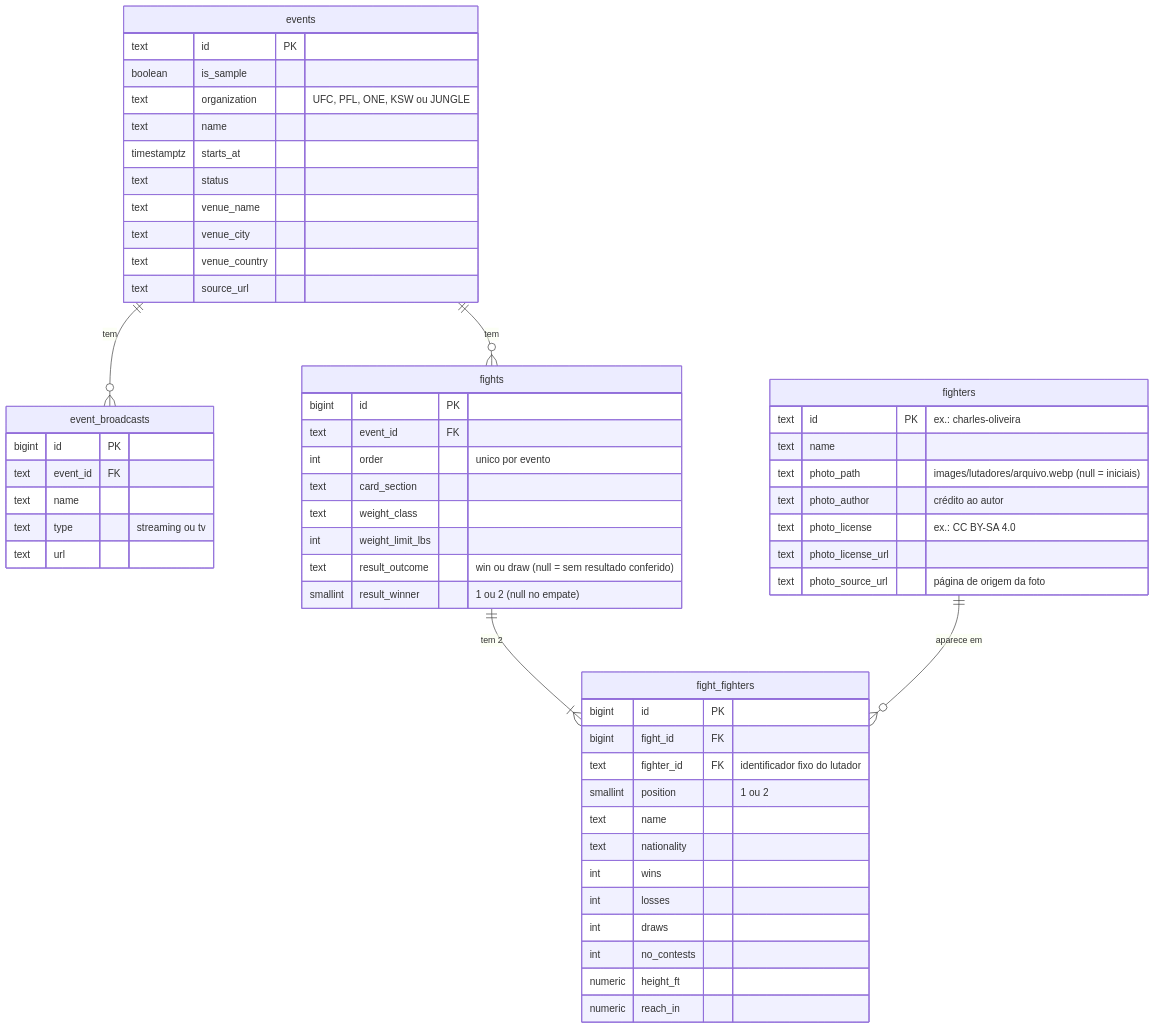
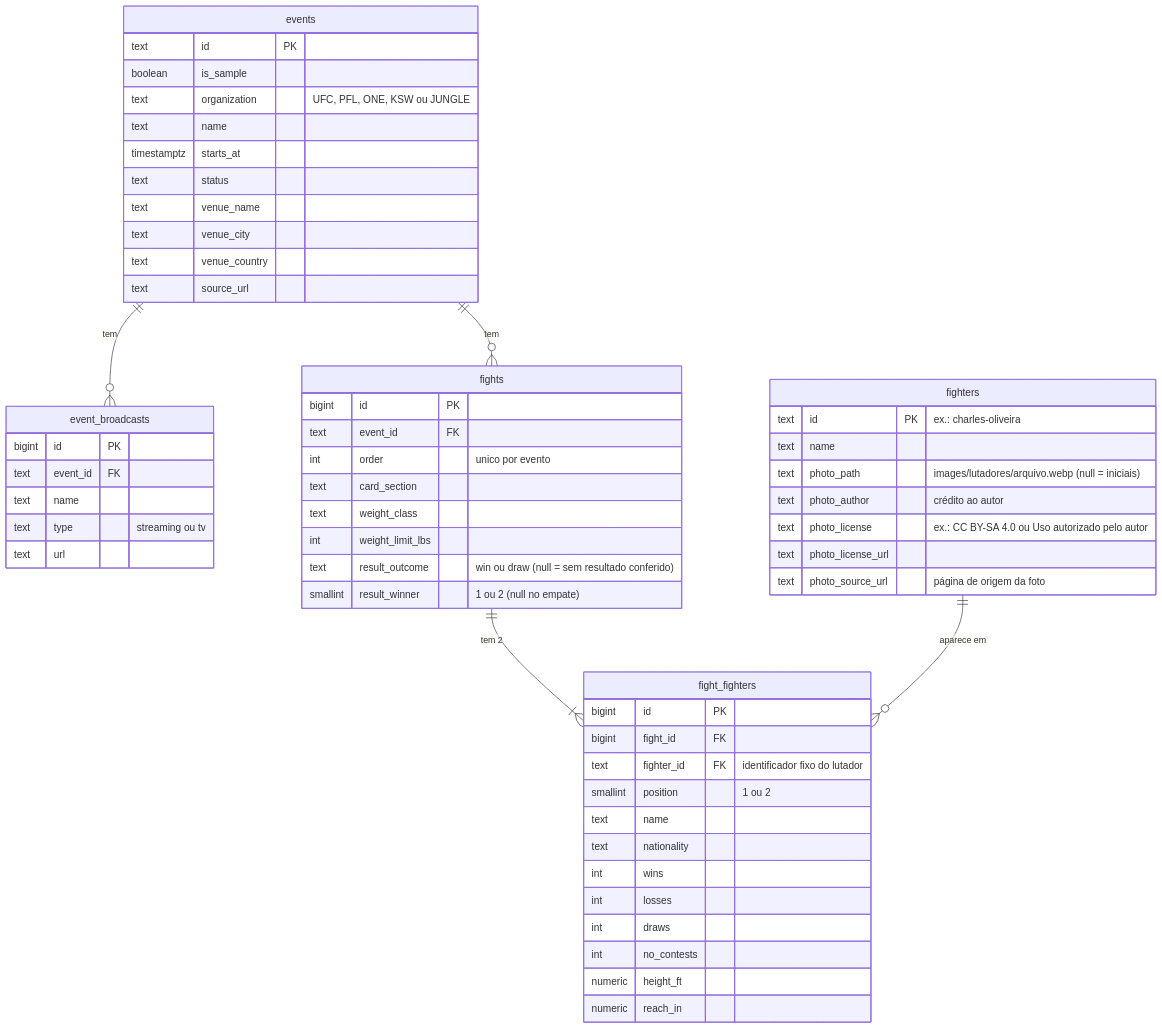
One commit to Gabriel-de-Lima-R/fight-club-events changed the third of 3 diagrams in docs/arquitetura.md. Above: the diagram before and after it, drawn with Mermaid. The commit also changed other lines of this file and 9 other files, not shown here.

````diff
--- a/docs/arquitetura.md
+++ b/docs/arquitetura.md
@@ -91,60 +91,60 @@
 ```mermaid
 erDiagram
     events ||--o{ event_broadcasts : "tem"
     events ||--o{ fights : "tem"
     fights ||--|{ fight_fighters : "tem 2"
     fighters ||--o{ fight_fighters : "aparece em"
 
     events {
         text id PK
         boolean is_sample
         text organization "UFC, PFL, ONE, KSW ou JUNGLE"
         text name
         timestamptz starts_at
         text status
         text venue_name
         text venue_city
         text venue_country
         text source_url
     }
     event_broadcasts {
         bigint id PK
         text event_id FK
         text name
         text type "streaming ou tv"
         text url
     }
     fights {
         bigint id PK
         text event_id FK
         int order "unico por evento"
         text card_section
         text weight_class
         int weight_limit_lbs
         text result_outcome "win ou draw (null = sem resultado conferido)"
         smallint result_winner "1 ou 2 (null no empate)"
     }
     fight_fighters {
         bigint id PK
         bigint fight_id FK
         text fighter_id FK "identificador fixo do lutador"
         smallint position "1 ou 2"
         text name
         text nationality
         int wins
         int losses
         int draws
         int no_contests
         numeric height_ft
         numeric reach_in
     }
     fighters {
         text id PK "ex.: charles-oliveira"
         text name
         text photo_path "images/lutadores/arquivo.webp (null = iniciais)"
         text photo_author "crédito ao autor"
-        text photo_license "ex.: CC BY-SA 4.0"
+        text photo_license "ex.: CC BY-SA 4.0 ou Uso autorizado pelo autor"
         text photo_license_url
         text photo_source_url "página de origem da foto"
     }
 ```
````
